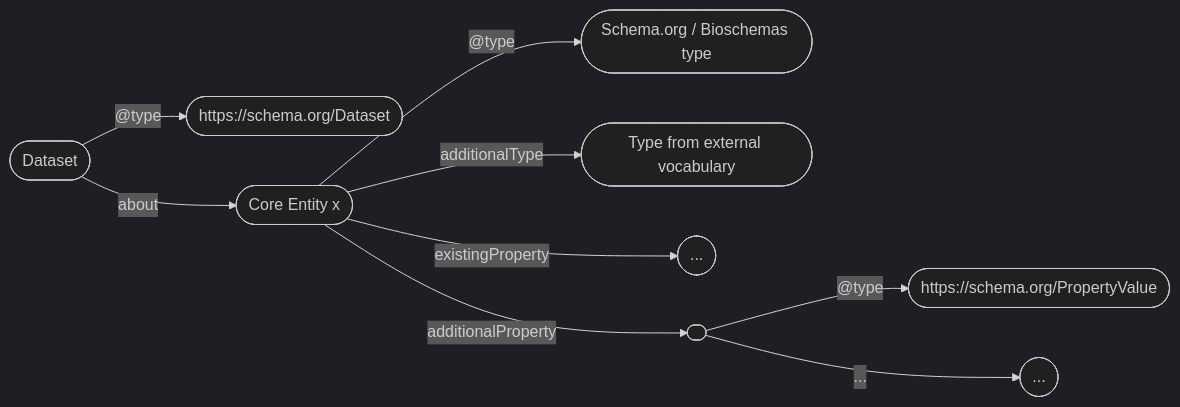
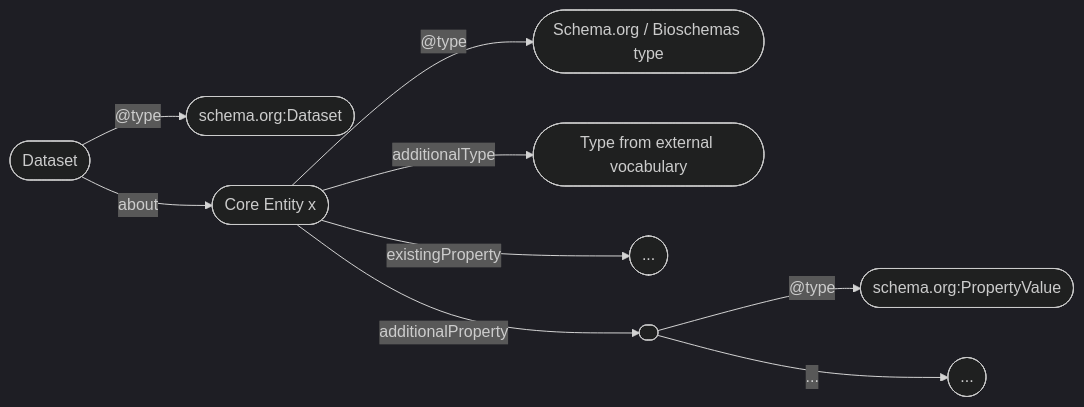
The first of 2 diagrams in Tutorial/agrischemas_tutorial_draft.md (fairagro/agri-wg-bioschemas), drawn with Mermaid (dark theme) before and after one commit. The commit also changed other lines of this file, not shown here.

Commit message:
changed links to strings in mermaid diagrams

````diff
--- a/Tutorial/agrischemas_tutorial_draft.md
+++ b/Tutorial/agrischemas_tutorial_draft.md
@@ -41,11 +41,11 @@
 ```mermaid
 	flowchart LR;
-	A(["Dataset"]) --"@type"-->B(["https://schema.org/Dataset"])
+	A(["Dataset"]) --"@type"-->B(["schema.org:Dataset"])
 	A(["Dataset"])--"about"-->C(["Core Entity"])
 	C(["Core Entity x"]) --"@type"-->D(["Schema.org / Bioschemas type"])
 	C(["Core Entity x"]) --"additionalType"-->E(["Type from external vocabulary"])
 	C(["Core Entity x"]) --"existingProperty"-->F(["..."])
 	C(["Core Entity x"]) --"additionalProperty"-->G([" "])
-	G([" "])--"@type"-->H(["https://schema.org/PropertyValue"])
+	G([" "])--"@type"-->H(["schema.org:PropertyValue"])
 	G([" "])--... -->I(["..."])
 ```
````
